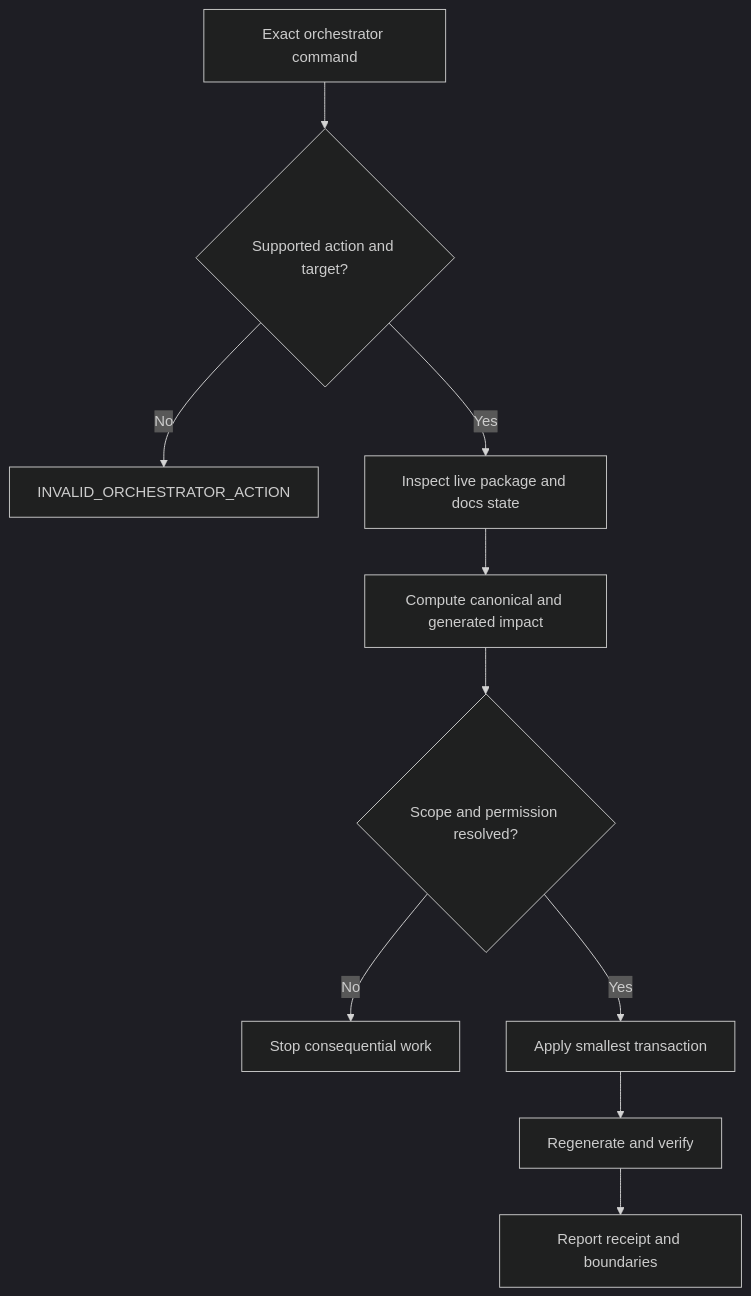
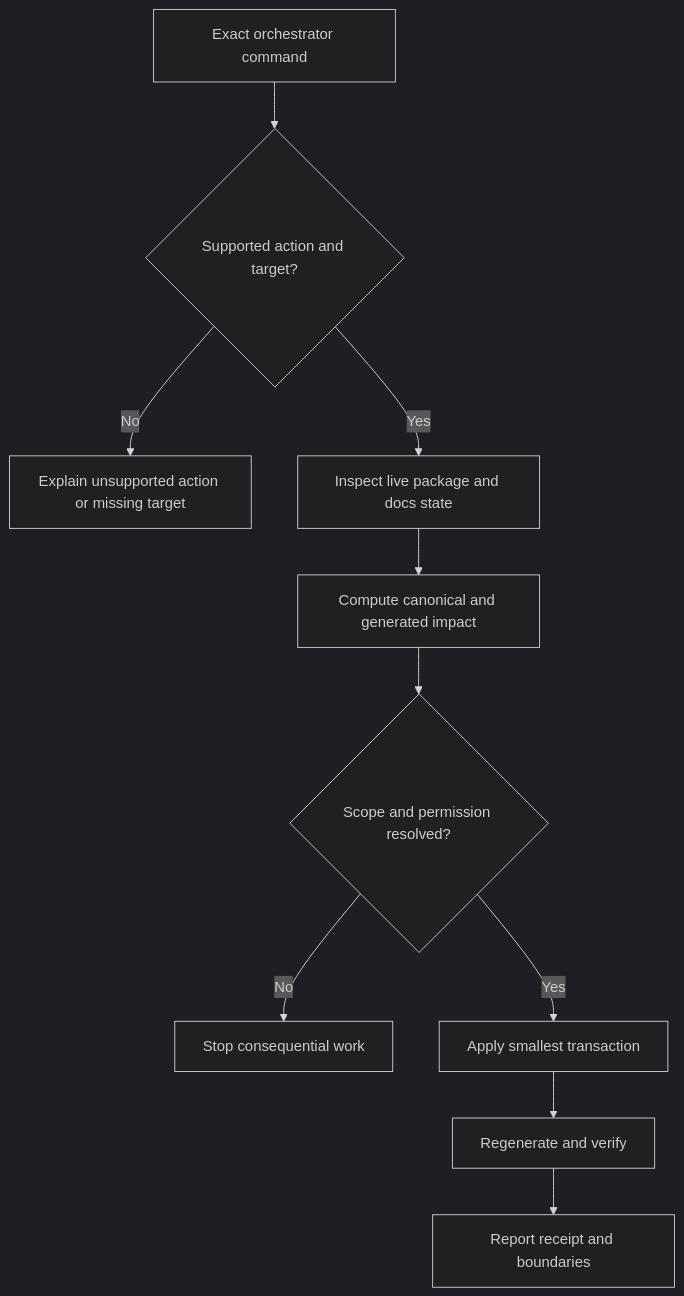
The second of 2 diagrams in docs/human/01_FOLLOW_A_REQUEST.md (geekybobz/skills_ai), drawn with Mermaid (dark theme) before and after one commit. The commit also changed 8 other files, not shown here.

````diff
--- a/docs/human/01_FOLLOW_A_REQUEST.md
+++ b/docs/human/01_FOLLOW_A_REQUEST.md
@@ -33,12 +33,12 @@
 ```mermaid
 flowchart TD
     C["Exact orchestrator command"] --> V{"Supported action and target?"}
-    V -- "No" --> F["INVALID_ORCHESTRATOR_ACTION"]
+    V -- "No" --> F["Explain unsupported action or missing target"]
     V -- "Yes" --> L["Inspect live package and docs state"]
     L --> P["Compute canonical and generated impact"]
     P --> B{"Scope and permission resolved?"}
     B -- "No" --> H["Stop consequential work"]
     B -- "Yes" --> E["Apply smallest transaction"]
     E --> G["Regenerate and verify"]
     G --> R["Report receipt and boundaries"]
 ```
````
